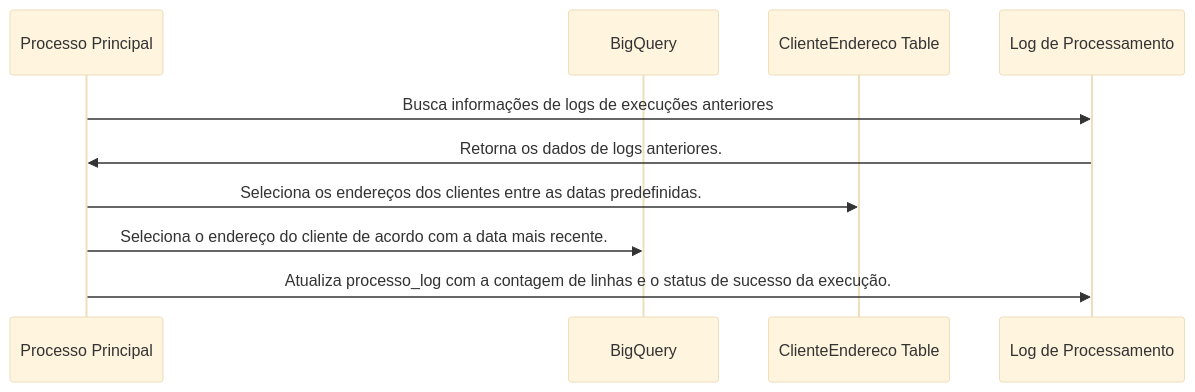
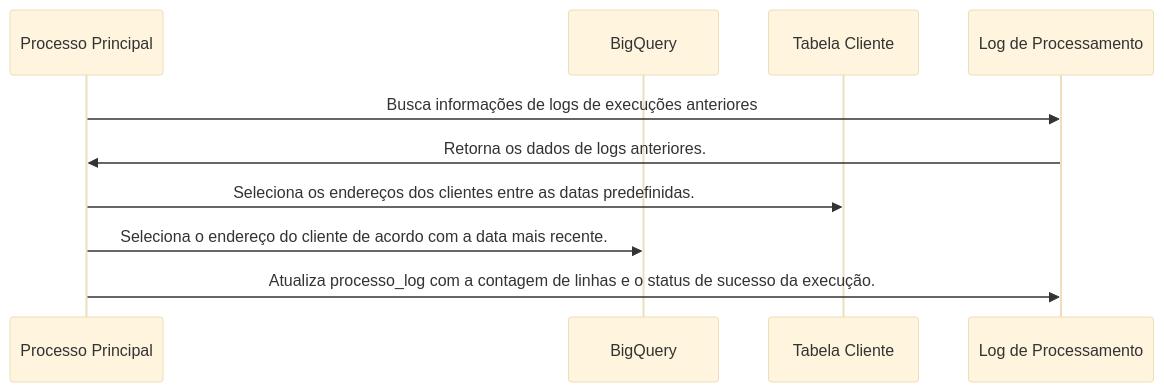
One commit to 2RP-Squad404/Halo-World changed the diagram in Sprints/SP03-0511/Gabriel/cobranca_endereco_cliente.md. Above: the diagram before and after it, drawn with Mermaid (base theme). The commit also changed 6 other files, not shown here.

````diff
--- a/Sprints/SP03-0511/Gabriel/cobranca_endereco_cliente.md
+++ b/Sprints/SP03-0511/Gabriel/cobranca_endereco_cliente.md
@@ -1,17 +1,17 @@
 ```mermaid
 sequenceDiagram
     participant Processo as Processo Principal
     participant BigQuery as BigQuery
-    participant ClienteEndereco as ClienteEndereco Table
+    participant Cliente as Tabela Cliente
     participant Logs as Log de Processamento
 
     Processo->>Logs: Busca informações de logs de execuções anteriores
     
     Logs->>Processo: Retorna os dados de logs anteriores.
 
-    Processo->>ClienteEndereco: Seleciona os endereços dos clientes entre as datas predefinidas.
+    Processo->>Cliente: Seleciona os endereços dos clientes entre as datas predefinidas.
 
     Processo->>BigQuery: Seleciona o endereço do cliente de acordo com a data mais recente.
 
     Processo->>Logs: Atualiza processo_log com a contagem de linhas e o status de sucesso da execução.
 ```
````
